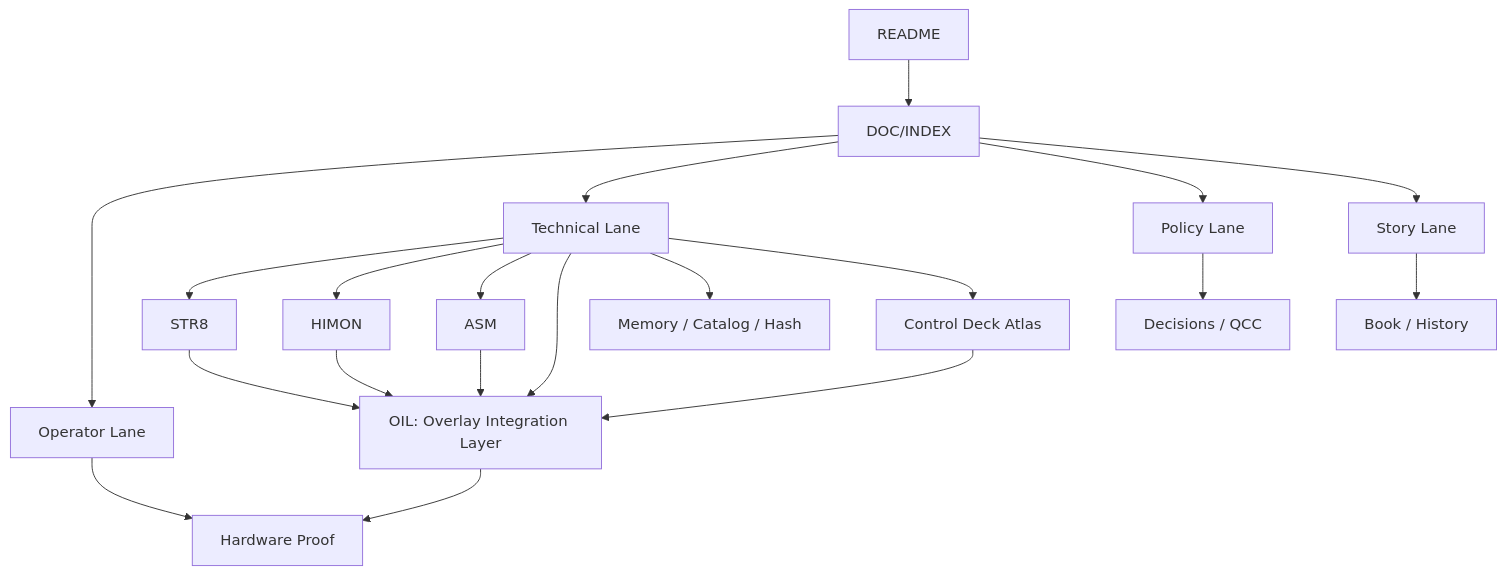
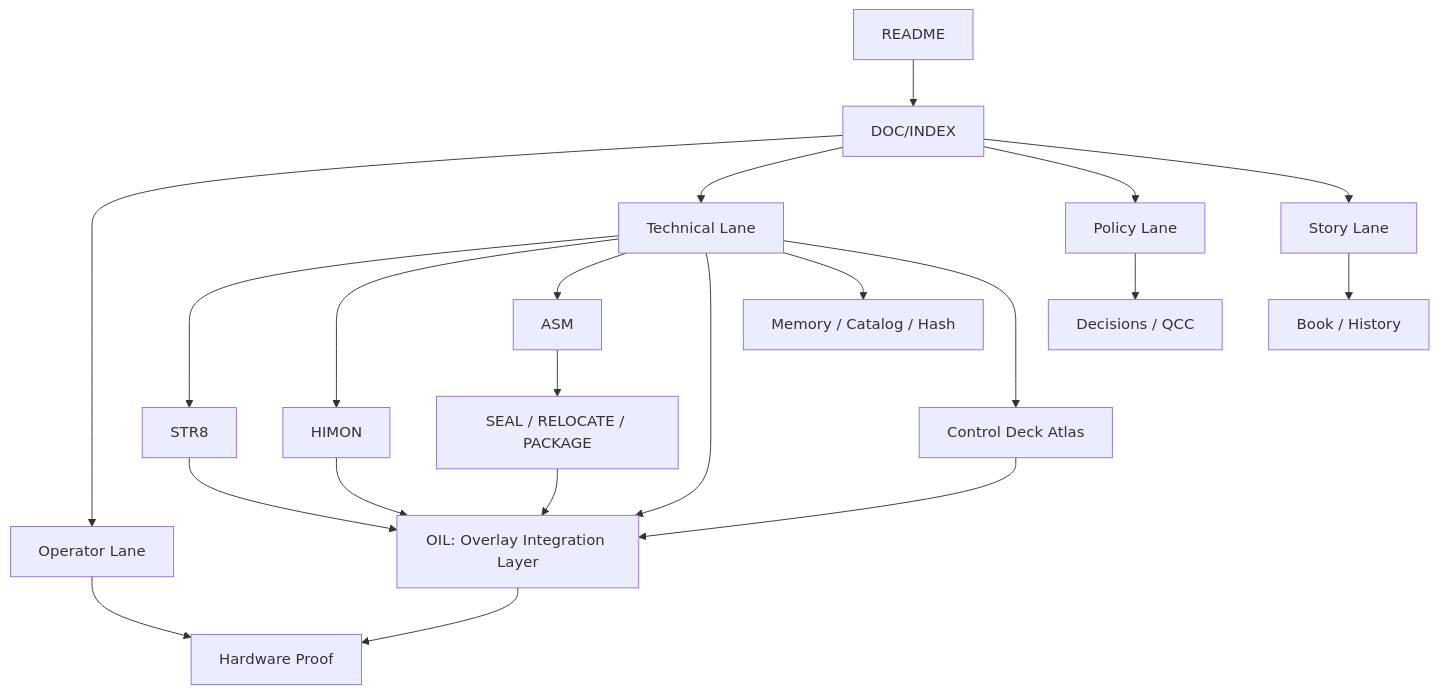
The diagram in DOC/GUIDES/MAP.md (95westus/R-YORS), drawn with Mermaid before and after one commit. The commit also changed other lines of this file and 53 other files, not shown here.

````diff
--- a/DOC/GUIDES/MAP.md
+++ b/DOC/GUIDES/MAP.md
@@ -188,24 +191,25 @@
 ```mermaid
 flowchart TD
     README[README] --> INDEX[DOC/INDEX]
     INDEX --> OP[Operator Lane]
     INDEX --> TECH[Technical Lane]
     INDEX --> POLICY[Policy Lane]
     INDEX --> STORY[Story Lane]
 
     OP --> PROOF[Hardware Proof]
     TECH --> STR8[STR8]
     TECH --> HIMON[HIMON]
     TECH --> ASM[ASM]
     TECH --> OIL[OIL: Overlay Integration Layer]
     TECH --> DATA[Memory / Catalog / Hash]
     TECH --> DECKS[Control Deck Atlas]
 
-    ASM --> OIL
+    ASM --> SEAL[SEAL / RELOCATE / PACKAGE]
+    SEAL --> OIL
     HIMON --> OIL
     STR8 --> OIL
     OIL --> PROOF
     DECKS --> OIL
     POLICY --> DEC[Decisions / QCC]
     STORY --> HIST[Book / History]
 ```
````
